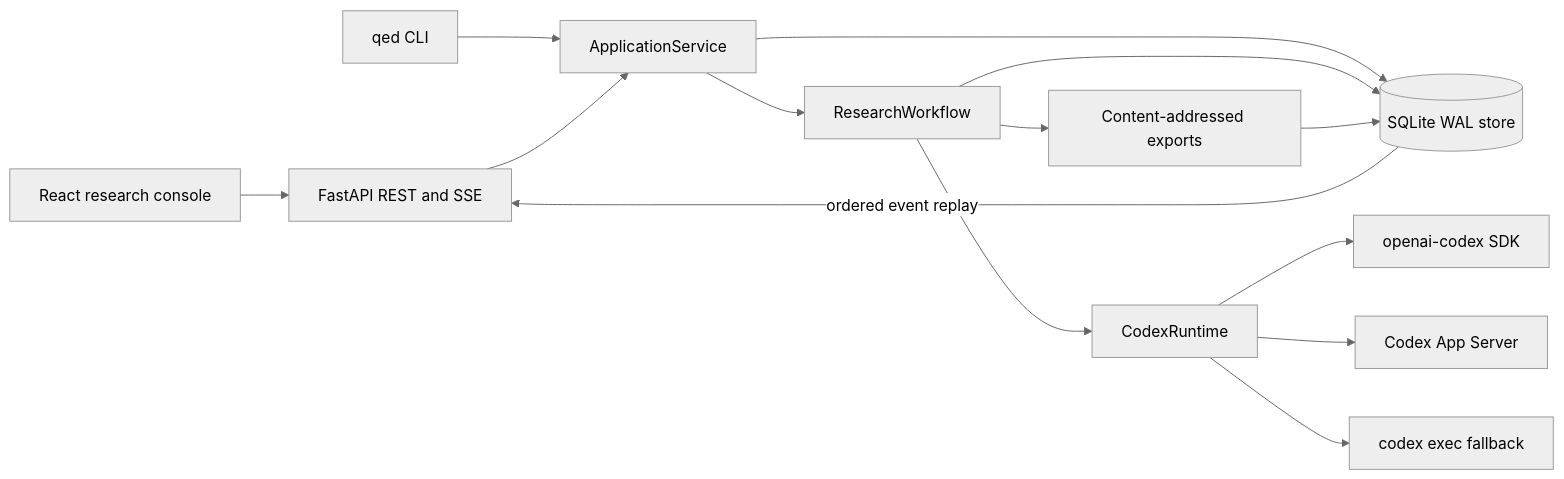
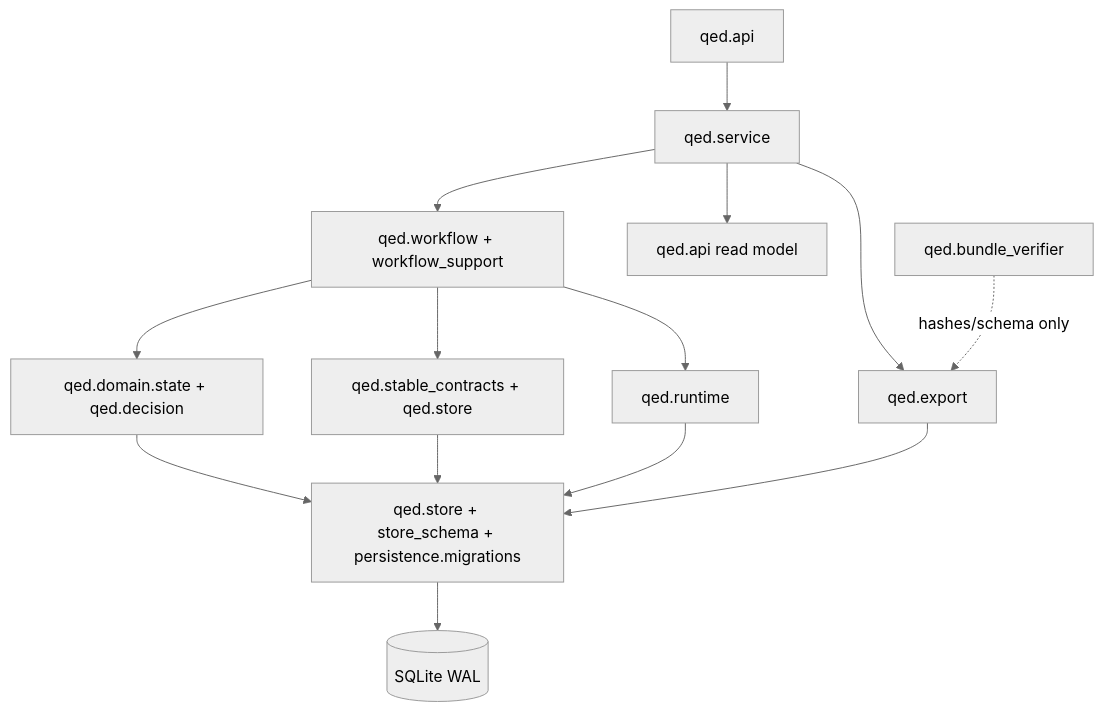
One commit to JJYYY-JJY/QED changed the diagram in docs/architecture.md. Above: the diagram before and after it, drawn with Mermaid (neutral theme). The commit also changed other lines of this file and 249 other files, not shown here.

````diff
--- a/docs/architecture.md
+++ b/docs/architecture.md
@@ -9,28 +13,16 @@
 ```mermaid
-flowchart LR
-    UI["React research console"]
-    CLI["qed CLI"]
-    API["FastAPI REST and SSE"]
-    SVC["ApplicationService"]
-    WF["ResearchWorkflow"]
-    STORE[("SQLite WAL store")]
-    RUNTIME["CodexRuntime"]
-    SDK["openai-codex SDK"]
-    APP["Codex App Server"]
-    EXEC["codex exec fallback"]
-    EXPORT["Content-addressed exports"]
-
-    UI --> API
-    CLI --> SVC
-    API --> SVC
-    SVC --> WF
-    SVC --> STORE
-    WF --> STORE
-    WF --> RUNTIME
-    RUNTIME --> SDK
-    RUNTIME --> APP
-    RUNTIME --> EXEC
-    WF --> EXPORT
-    EXPORT --> STORE
-    STORE -- "ordered event replay" --> API
+flowchart TB
+    API["qed.api"] --> APP["qed.service"]
+    APP --> SUP["qed.workflow + workflow_support"]
+    SUP --> DOMAIN["qed.domain.state + qed.decision"]
+    SUP --> RECORDS["qed.stable_contracts + qed.store"]
+    SUP --> ATTEMPTS["qed.runtime"]
+    DOMAIN --> PERSIST["qed.store + store_schema + persistence.migrations"]
+    RECORDS --> PERSIST
+    ATTEMPTS --> PERSIST
+    PERSIST --> SQLITE[("SQLite WAL")]
+    APP --> READ["qed.api read model"]
+    APP --> EXPORT["qed.export"]
+    EXPORT --> PERSIST
+    VERIFY["qed.bundle_verifier"] -. "hashes/schema only" .-> EXPORT
 ```
````
